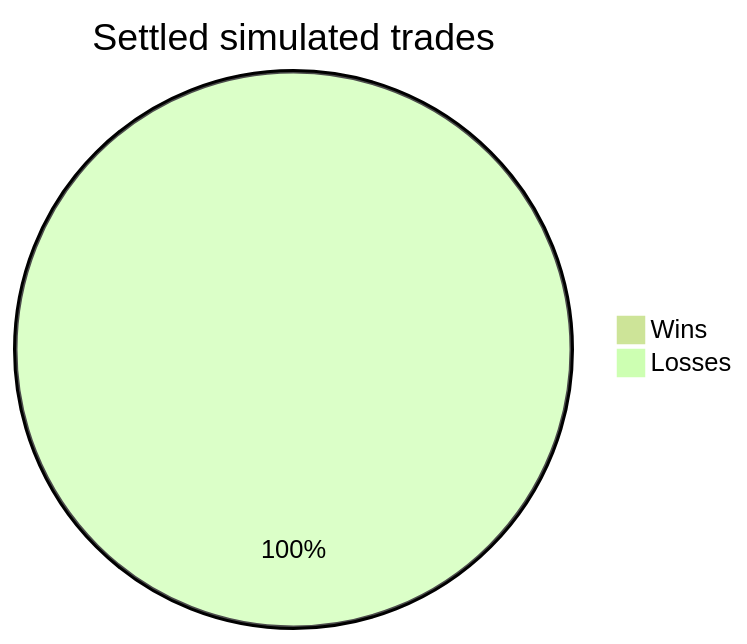
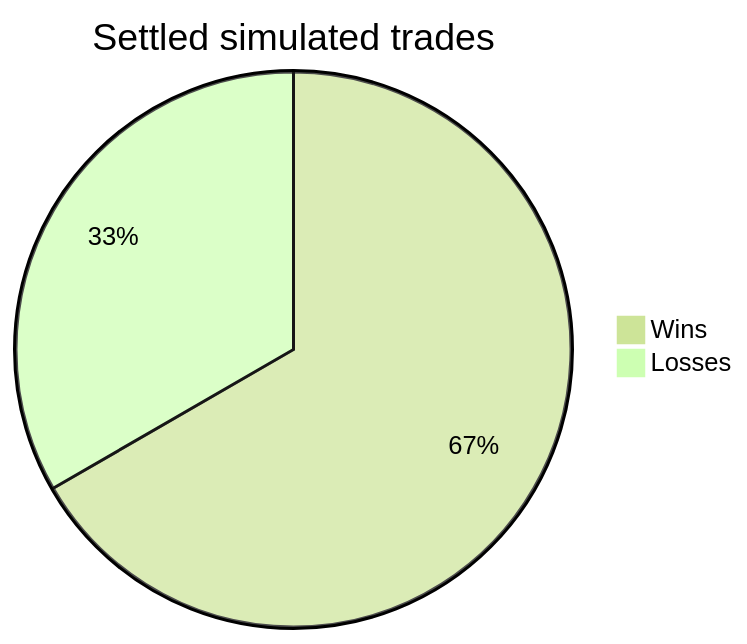
The diagram in docs/bots/brti_distance.md (cheeseonamonkey/PaperLab), drawn with Mermaid (forest theme) before and after one commit. The commit also changed other lines of this file and 51 other files, not shown here.

````diff
--- a/docs/bots/brti_distance.md
+++ b/docs/bots/brti_distance.md
@@ -20,5 +22,5 @@
 ```mermaid
 pie title Settled simulated trades
-    "Wins" : 0
+    "Wins" : 2
     "Losses" : 1
 ```
````
